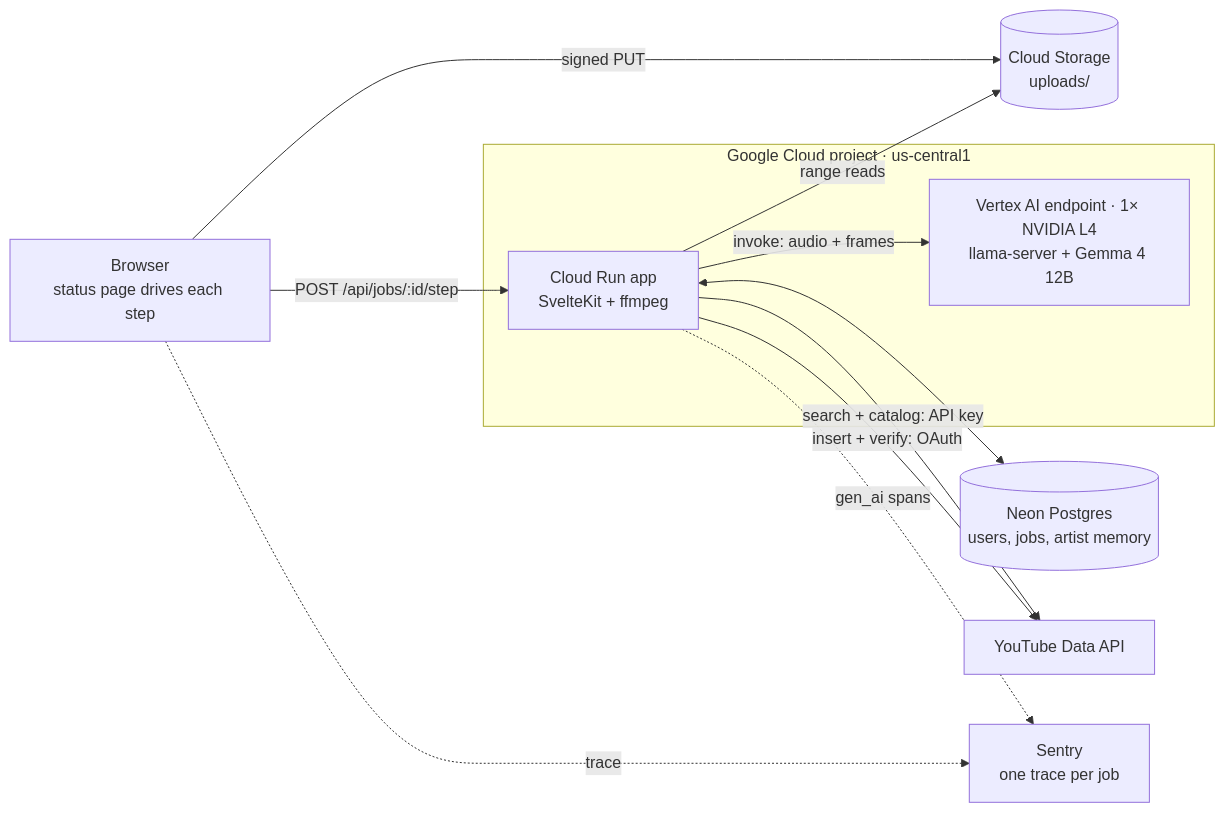
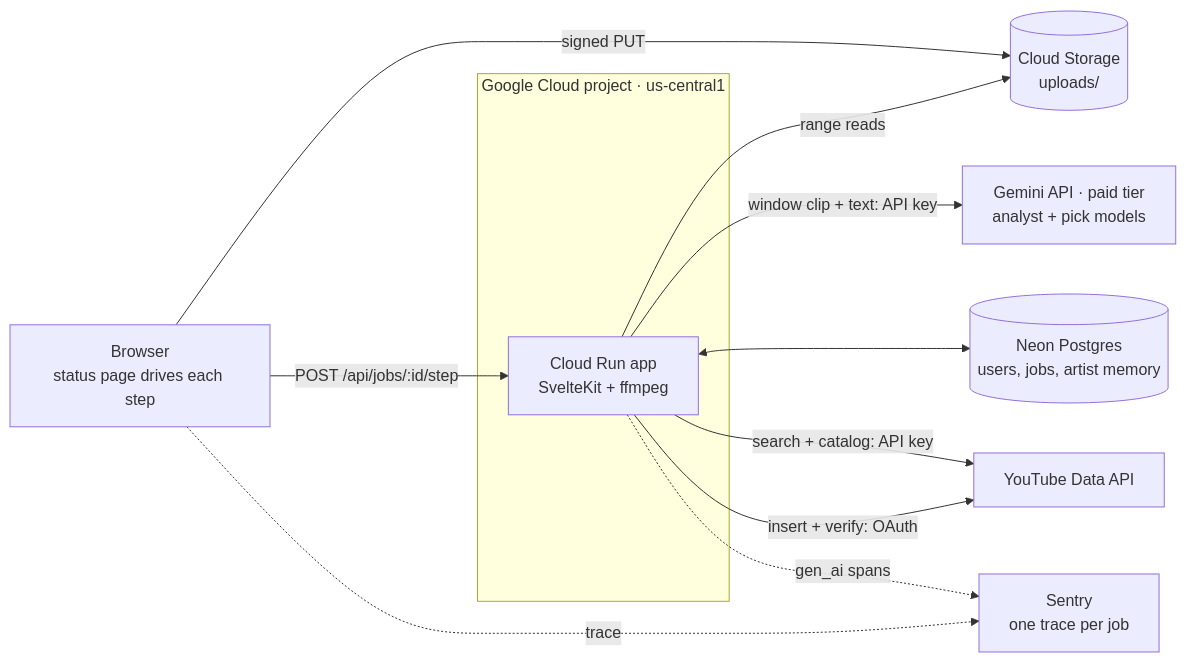
The diagram in README.md (anchildress1/soundboard), drawn with Mermaid before and after one commit. The commit also changed other lines of this file and 221 other files, not shown here.

Commit message:
feat: swap self-hosted Gemma for the Gemini API (#26)

````diff
--- a/README.md
+++ b/README.md
@@ -87,27 +86,27 @@
 ```mermaid
 %%{init: {"theme": "default"}}%%
 flowchart LR
   accTitle: Soundboard architecture
-  accDescr: The browser uploads the video to Cloud Storage, then drives the pipeline one step at a time through the SvelteKit app. The app runs ffmpeg, calls Gemma on llama-server behind a Vertex AI endpoint, stores state in Neon Postgres, reads YouTube with an API key, uploads with OAuth, and sends traces to Sentry.
+  accDescr: The browser uploads the video to Cloud Storage, then drives the pipeline one step at a time through the SvelteKit app. The app runs ffmpeg, sends each window's clip to the Gemini API with an API key, stores state in Neon Postgres, reads YouTube with an API key, uploads with OAuth, and sends traces to Sentry.
 
   B["Browser<br/>status page drives each step"]
   GCS[("Cloud Storage<br/>uploads/")]
   DB[("Neon Postgres<br/>users, jobs, artist memory")]
   YT["YouTube Data API"]
   S["Sentry<br/>one trace per job"]
+  GEM["Gemini API · paid tier<br/>analyst + pick models"]
 
   subgraph GCP["Google Cloud project · us-central1"]
     APP["Cloud Run app<br/>SvelteKit + ffmpeg"]
-    LLM["Vertex AI endpoint · 1× NVIDIA L4<br/>llama-server + Gemma 4 12B"]
   end
 
   B -- "signed PUT" --> GCS
   B -- "POST /api/jobs/:id/step" --> APP
   APP -- "range reads" --> GCS
-  APP -- "invoke: audio + frames" --> LLM
+  APP -- "window clip + text: API key" --> GEM
   APP <--> DB
   APP -- "search + catalog: API key" --> YT
   APP -- "insert + verify: OAuth" --> YT
   B -. "trace" .-> S
   APP -. "gen_ai spans" .-> S
 ```
````
